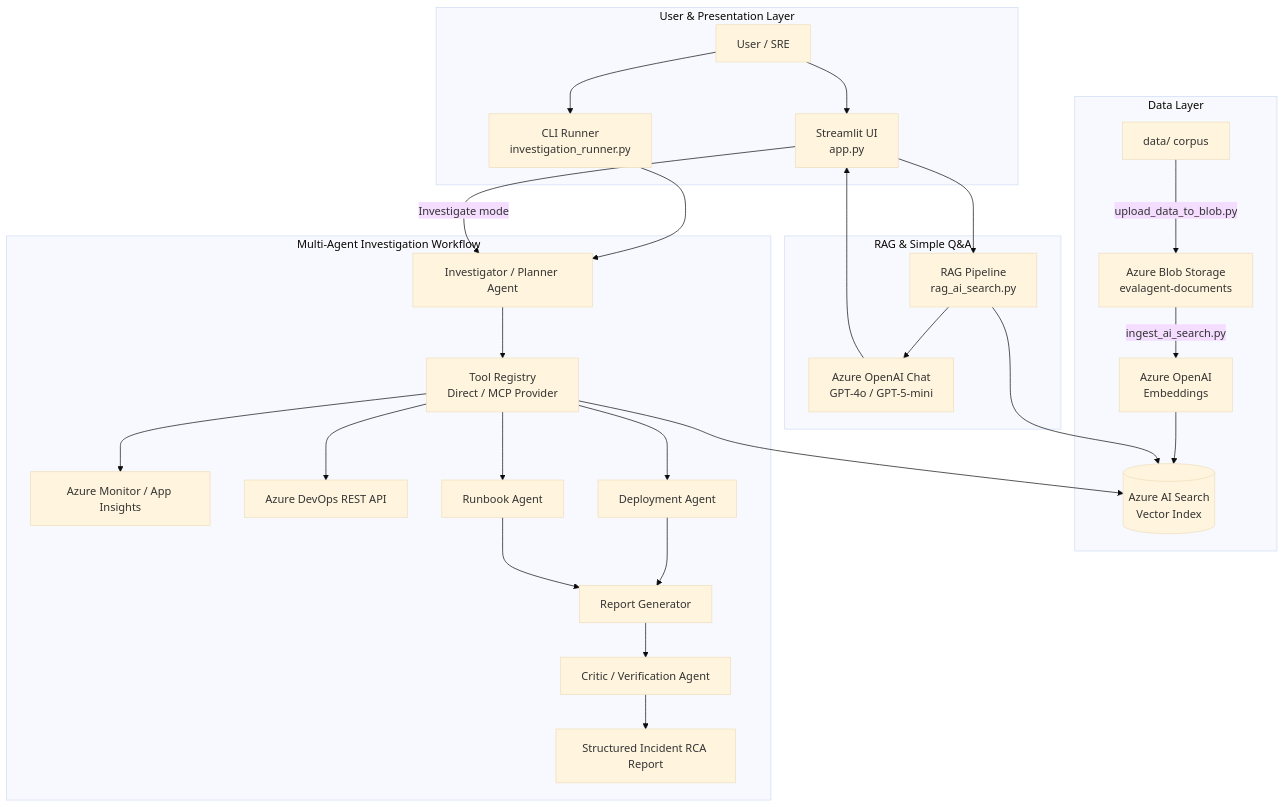
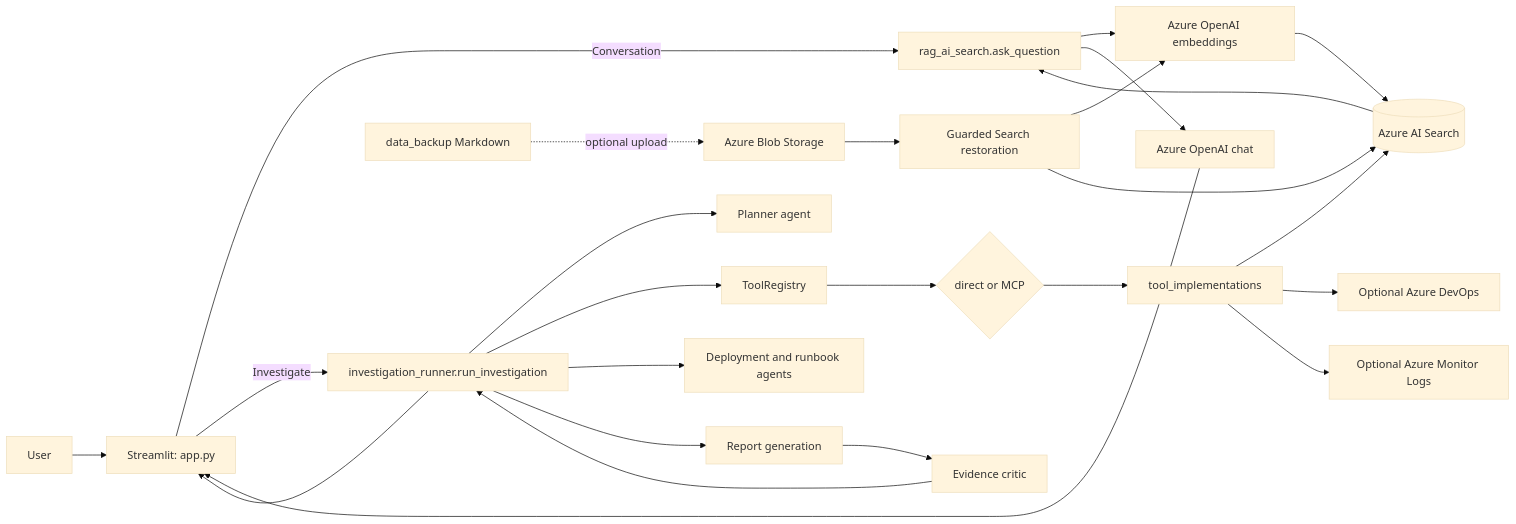
Before and after one commit to Tezfai/evalagent: the diagram in README.md, drawn with Mermaid (base theme). The commit also changed other lines of this file and 5 other files, not shown here.

````diff
--- a/README.md
+++ b/README.md
@@ -33,39 +58,29 @@
 ```mermaid
-flowchart TD
-    subgraph Data Layer
-        LocalCorpus[data/ corpus] -->|upload_data_to_blob.py| BlobStorage[Azure Blob Storage\nevalagent-documents]
-        BlobStorage -->|ingest_ai_search.py| Embeddings[Azure OpenAI\nEmbeddings]
-        Embeddings --> AISearch[(Azure AI Search\nVector Index)]
-    end
+flowchart LR
+    User --> Streamlit[Streamlit: app.py]
+    Streamlit -->|Conversation| RAG[rag_ai_search.ask_question]
+    RAG --> Embed[Azure OpenAI embeddings]
+    Embed --> Search[(Azure AI Search)]
+    Search --> RAG
+    RAG --> Chat[Azure OpenAI chat]
+    Chat --> Streamlit
 
-    subgraph User & Presentation Layer
-        User[User / SRE] --> StreamlitUI[Streamlit UI\napp.py]
-        User --> CLI[CLI Runner\ninvestigation_runner.py]
-    end
+    Streamlit -->|Investigate| Runner[investigation_runner.run_investigation]
+    Runner --> Planner[Planner agent]
+    Runner --> Registry[ToolRegistry]
+    Registry --> Provider{direct or MCP}
+    Provider --> Tools[tool_implementations]
+    Tools --> Search
+    Tools --> DevOps[Optional Azure DevOps]
+    Tools --> Insights[Optional Azure Monitor Logs]
+    Runner --> Specialists[Deployment and runbook agents]
+    Runner --> Report[Report generation]
+    Report --> Critic[Evidence critic]
+    Critic --> Runner
+    Runner --> Streamlit
 
-    subgraph RAG & Simple Q&A
-        StreamlitUI --> RAG[RAG Pipeline\nrag_ai_search.py]
-        RAG --> AISearch
-        RAG --> LLMChat[Azure OpenAI Chat\nGPT-4o / GPT-5-mini]
-        LLMChat --> StreamlitUI
-    end
-
-    subgraph Multi-Agent Investigation Workflow
-        CLI --> Planner[Investigator / Planner Agent]
-        StreamlitUI -->|Investigate mode| Planner
-        Planner --> ToolRegistry[Tool Registry\nDirect / MCP Provider]
-        
-        ToolRegistry --> AISearch
-        ToolRegistry --> AppInsights[Azure Monitor / App Insights]
-        ToolRegistry --> AzDO[Azure DevOps REST API]
-        
-        ToolRegistry --> DepAgent[Deployment Agent]
-        ToolRegistry --> RunbookAgent[Runbook Agent]
-        
-        DepAgent --> ReportGen[Report Generator]
-        RunbookAgent --> ReportGen
-        
-        ReportGen --> CriticAgent[Critic / Verification Agent]
-        CriticAgent --> FinalReport[Structured Incident RCA Report]
-    end
+    Backup[data_backup Markdown] -. optional upload .-> Blob[Azure Blob Storage]
+    Blob --> Ingest[Guarded Search restoration]
+    Ingest --> Embed
+    Ingest --> Search
 ```
````
